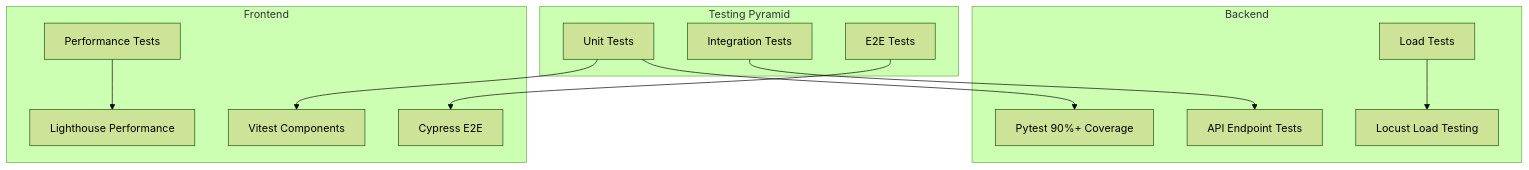
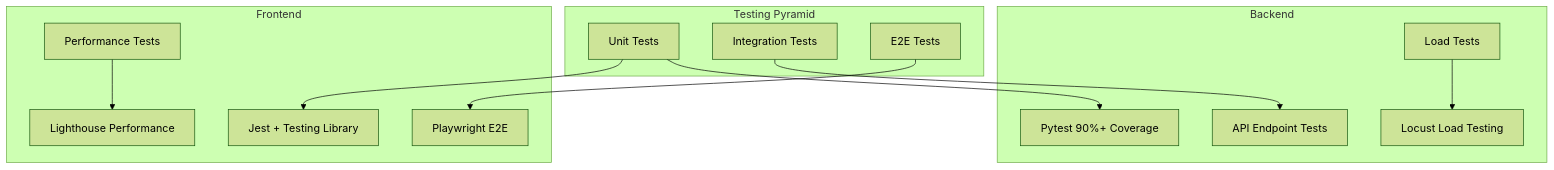
One commit to 2333xxxx/EssayCoach changed the eighth of 11 diagrams in docs/architecture/system-architecture.md. Above: the diagram before and after it, drawn with Mermaid (forest theme). The commit also changed other lines of this file and 15 other files, not shown here.

````diff
--- a/docs/architecture/system-architecture.md
+++ b/docs/architecture/system-architecture.md
@@ -200,26 +200,26 @@
 ```mermaid
 graph TD
     subgraph "Testing Pyramid"
         Unit[Unit Tests]
         Integration[Integration Tests]
         E2E[E2E Tests]
     end
     subgraph "Backend"
         Pytest[Pytest 90%+ Coverage]
         APITest[API Endpoint Tests]
         LoadTest[Load Tests]
         Locust[Locust Load Testing]
     end
     subgraph "Frontend"
-        Vitest[Vitest Components]
-        Cypress[Cypress E2E]
+        Jest[Jest + Testing Library]
+        Playwright[Playwright E2E]
         PerfTest[Performance Tests]
         Lighthouse[Lighthouse Performance]
     end
     Unit --> Pytest
-    Unit --> Vitest
+    Unit --> Jest
     Integration --> APITest
-    E2E --> Cypress
+    E2E --> Playwright
     LoadTest --> Locust
     PerfTest --> Lighthouse
 ```
````
